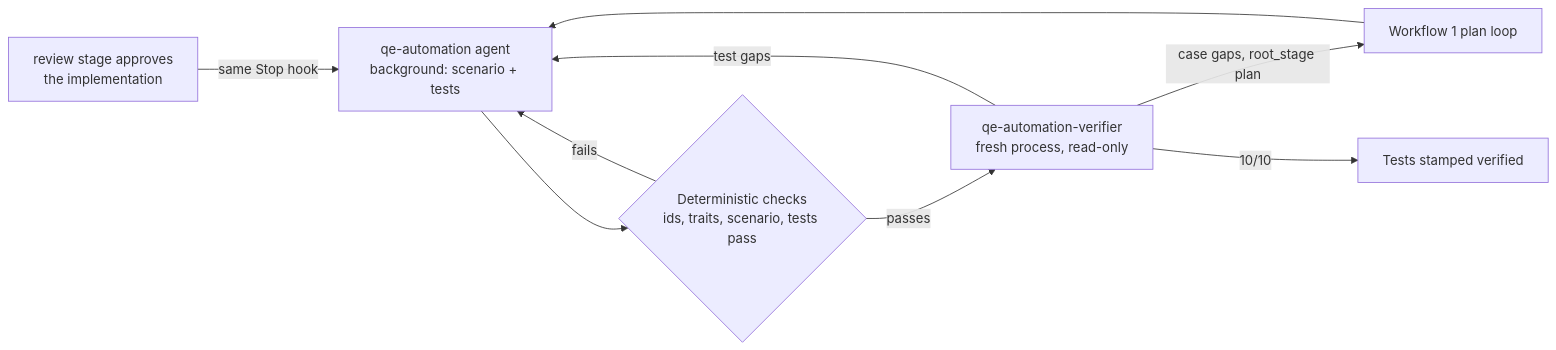
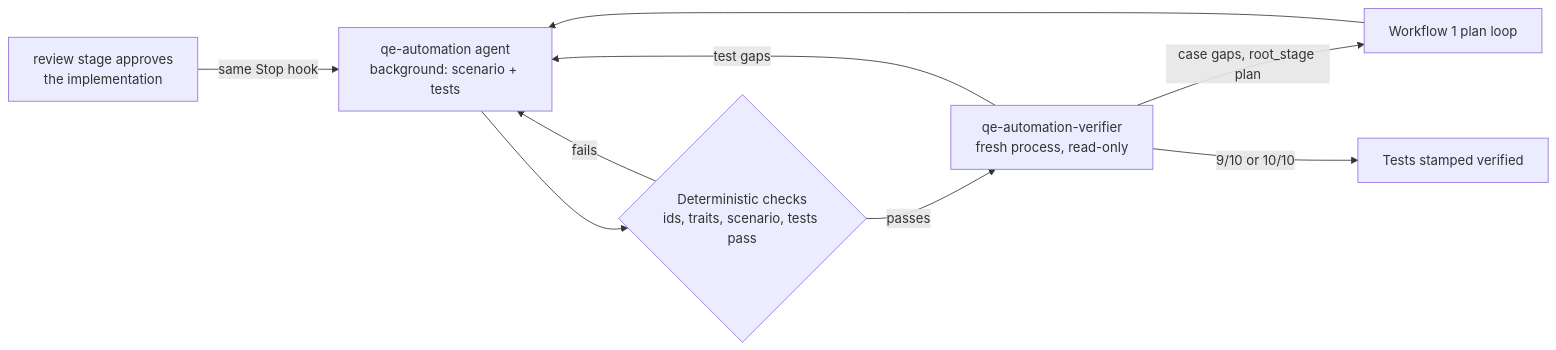
The second of 2 diagrams in docs/ai-pipeline/qe.md (armandodollia-slalom/AI-Immersion-eShop), drawn with Mermaid before and after one commit. The commit also changed other lines of this file and 3 other files, not shown here.

````diff
--- a/docs/ai-pipeline/qe.md
+++ b/docs/ai-pipeline/qe.md
@@ -26,11 +26,11 @@
 ```mermaid
 flowchart LR
   R[review stage approves<br/>the implementation] -->|same Stop hook| A[qe-automation agent<br/>background: scenario + tests]
   A --> T{Deterministic checks<br/>ids, traits, scenario, tests pass}
   T -->|fails| A
   T -->|passes| V[qe-automation-verifier<br/>fresh process, read-only]
   V -->|test gaps| A
   V -->|case gaps, root_stage plan| P[Workflow 1 plan loop]
   P --> A
-  V -->|10/10| OK[Tests stamped verified]
+  V -->|9/10 or 10/10| OK[Tests stamped verified]
 ```
````
